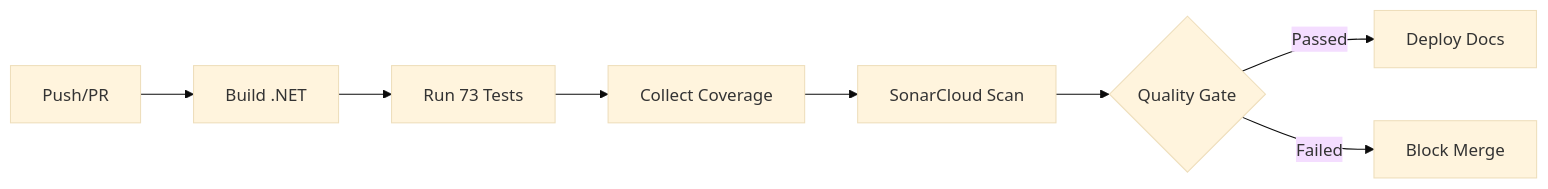
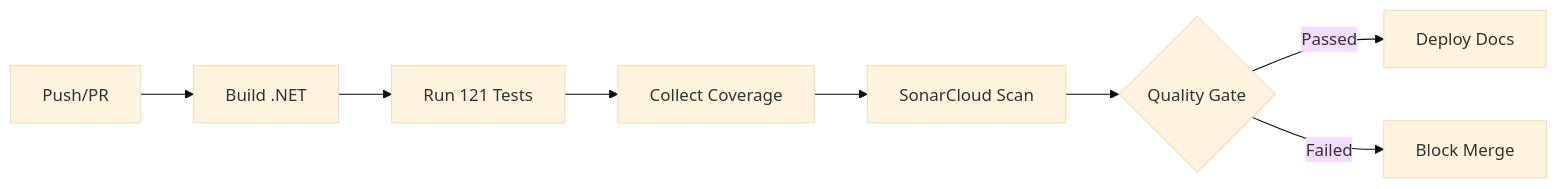
The first of 2 diagrams in docs/sonarcloud.md (HugoRytlewski/AdvancedDevSampleFinal), drawn with Mermaid (base theme) before and after one commit. The commit also changed other lines of this file, not shown here.

````diff
--- a/docs/sonarcloud.md
+++ b/docs/sonarcloud.md
@@ -58,10 +58,10 @@
 ```mermaid
 graph LR
     A[Push/PR] --> B[Build .NET]
-    B --> C[Run 73 Tests]
-    C --> D[Collect Coverage]
+    B --> C[Run 121 Tests]
+    C --> D[Collect Coverage] 
     D --> E[SonarCloud Scan]
     E --> F{Quality Gate}
     F -->|Passed| G[Deploy Docs]
     F -->|Failed| H[Block Merge]
 ```
````
